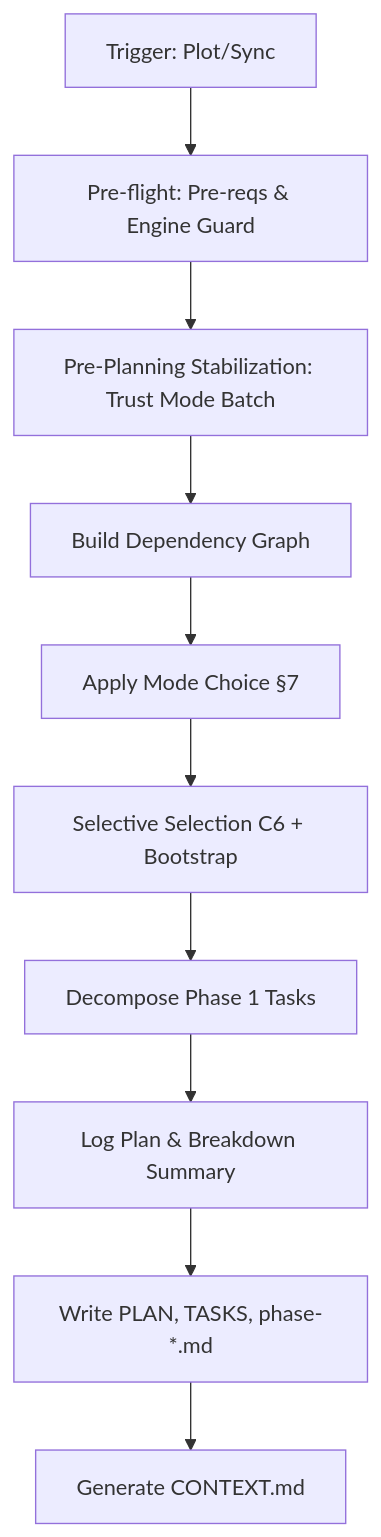
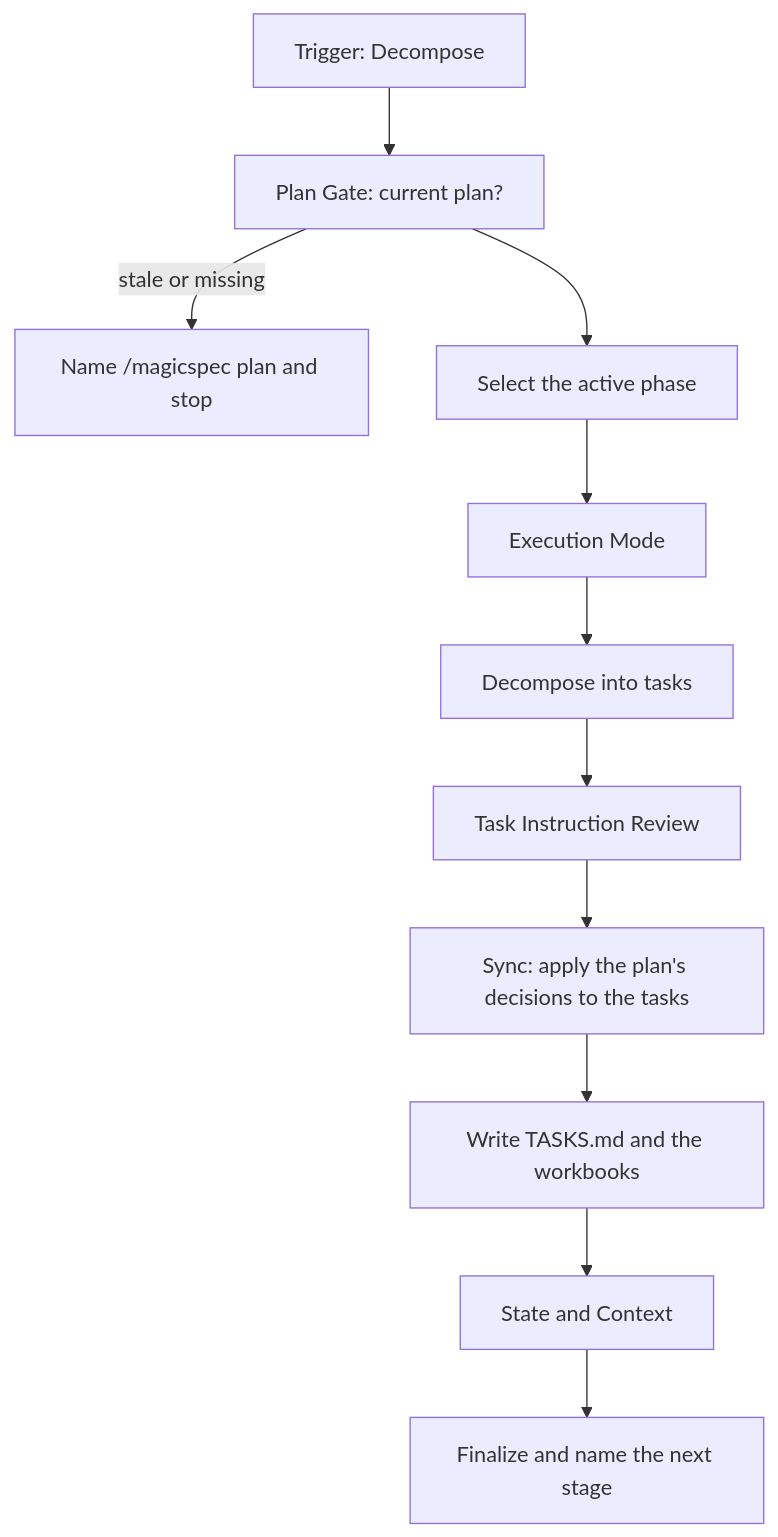
The diagram in skills/magicspec/workflows/task.md (teratron/magic-spec), drawn with Mermaid before and after one commit. The commit also changed other lines of this file and 73 other files, not shown here.

````diff
--- a/skills/magicspec/workflows/task.md
+++ b/skills/magicspec/workflows/task.md
@@ -89,12 +81,13 @@
 ```mermaid
 graph TD
-    A[Trigger: Plot/Sync] --> B[Pre-flight: Pre-reqs & Engine Guard]
-    B --> S[Pre-Planning Stabilization: Trust Mode Batch]
-    S --> C[Build Dependency Graph]
-    C --> D[Apply Mode Choice §7]
-    D --> E[Selective Selection C6 + Bootstrap]
-    E --> F[Decompose Phase 1 Tasks]
-    F --> G[Log Plan & Breakdown Summary]
-    G --> H[Write PLAN, TASKS, phase-*.md]
-    H --> I[Generate CONTEXT.md]
+    A[Trigger: Decompose] --> B[Plan Gate: current plan?]
+    B -->|stale or missing| X[Name /magicspec plan and stop]
+    B --> C[Select the active phase]
+    C --> D[Execution Mode]
+    D --> E[Decompose into tasks]
+    E --> F[Task Instruction Review]
+    F --> G[Sync: apply the plan's decisions to the tasks]
+    G --> H[Write TASKS.md and the workbooks]
+    H --> I[State and Context]
+    I --> J[Finalize and name the next stage]
 ```
````
